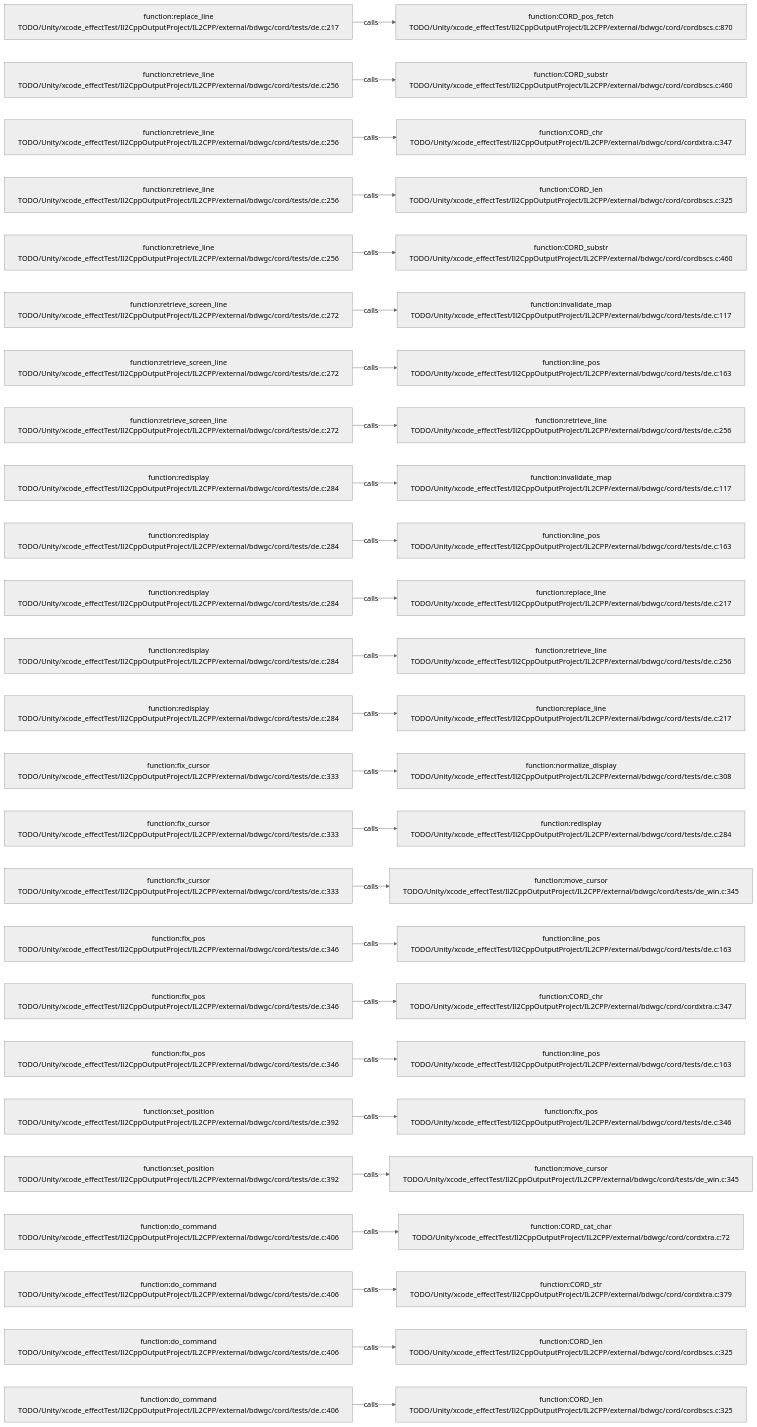
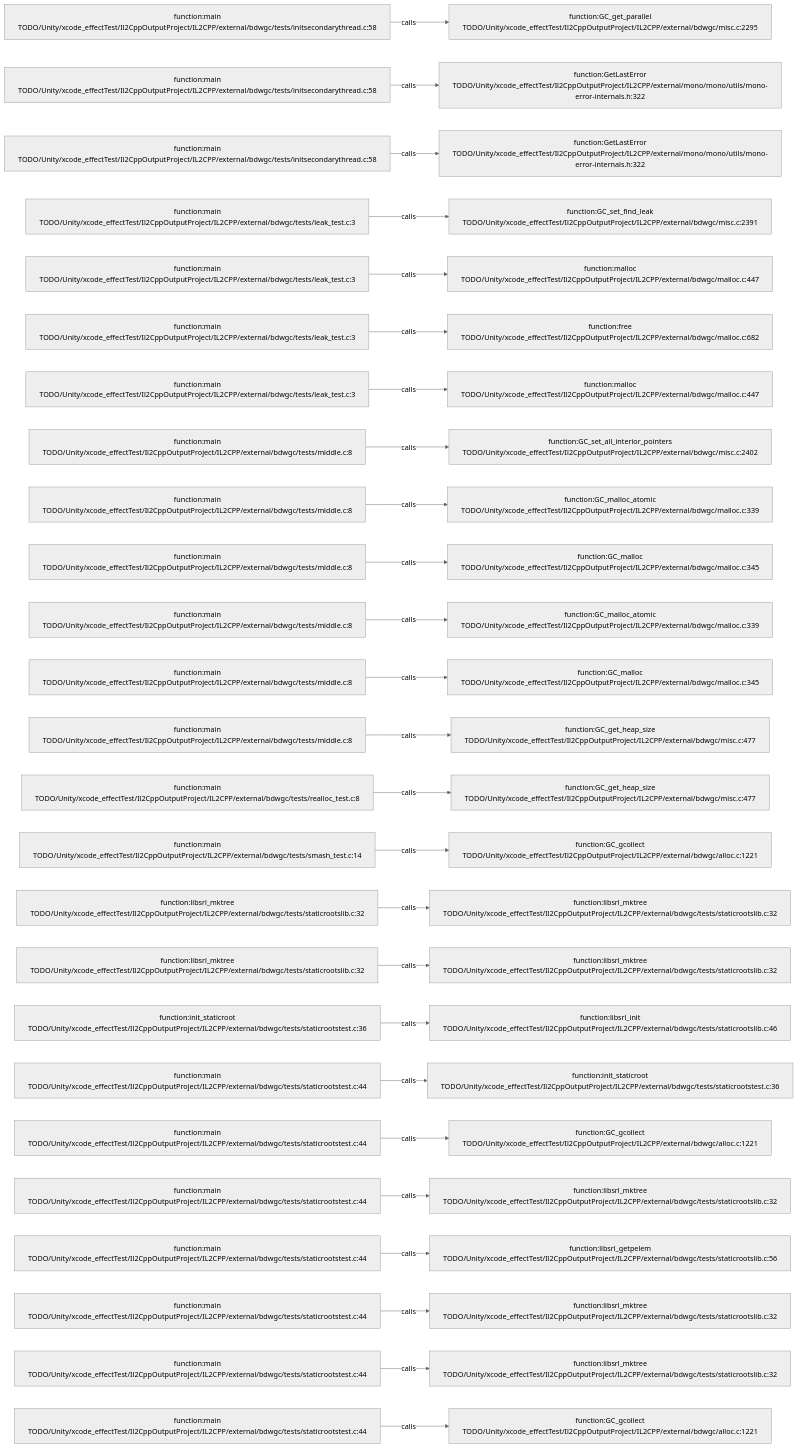
Before and after one commit to JobsKits/JobsSwiftBaseConfigDemo: the diagram in .codegraph/codegraph.md/graphs/calls-160.md, drawn with Mermaid (neutral theme). The commit also changed 227 other files, not shown here.

````diff
--- a/.codegraph/codegraph.md/graphs/calls-160.md
+++ b/.codegraph/codegraph.md/graphs/calls-160.md
@@ -13,78 +13,78 @@
 ```mermaid
 flowchart LR
-  S1["function:replace_line<br/>TODO/Unity/xcode_effectTest/Il2CppOutputProject/IL2CPP/external/bdwgc/cord/tests/de.c:217"]
-  T1["function:CORD_pos_fetch<br/>TODO/Unity/xcode_effectTest/Il2CppOutputProject/IL2CPP/external/bdwgc/cord/cordbscs.c:870"]
+  S1["function:main<br/>TODO/Unity/xcode_effectTest/Il2CppOutputProject/IL2CPP/external/bdwgc/tests/initsecondarythread.c:58"]
+  T1["function:GC_get_parallel<br/>TODO/Unity/xcode_effectTest/Il2CppOutputProject/IL2CPP/external/bdwgc/misc.c:2295"]
   S1 -->|calls| T1
-  S2["function:retrieve_line<br/>TODO/Unity/xcode_effectTest/Il2CppOutputProject/IL2CPP/external/bdwgc/cord/tests/de.c:256"]
-  T2["function:CORD_substr<br/>TODO/Unity/xcode_effectTest/Il2CppOutputProject/IL2CPP/external/bdwgc/cord/cordbscs.c:460"]
+  S2["function:main<br/>TODO/Unity/xcode_effectTest/Il2CppOutputProject/IL2CPP/external/bdwgc/tests/initsecondarythread.c:58"]
+  T2["function:GetLastError<br/>TODO/Unity/xcode_effectTest/Il2CppOutputProject/IL2CPP/external/mono/mono/utils/mono-error-internals.h:322"]
   S2 -->|calls| T2
-  S3["function:retrieve_line<br/>TODO/Unity/xcode_effectTest/Il2CppOutputProject/IL2CPP/external/bdwgc/cord/tests/de.c:256"]
-  T3["function:CORD_chr<br/>TODO/Unity/xcode_effectTest/Il2CppOutputProject/IL2CPP/external/bdwgc/cord/cordxtra.c:347"]
+  S3["function:main<br/>TODO/Unity/xcode_effectTest/Il2CppOutputProject/IL2CPP/external/bdwgc/tests/initsecondarythread.c:58"]
+  T3["function:GetLastError<br/>TODO/Unity/xcode_effectTest/Il2CppOutputProject/IL2CPP/external/mono/mono/utils/mono-error-internals.h:322"]
   S3 -->|calls| T3
-  S4["function:retrieve_line<br/>TODO/Unity/xcode_effectTest/Il2CppOutputProject/IL2CPP/external/bdwgc/cord/tests/de.c:256"]
-  T4["function:CORD_len<br/>TODO/Unity/xcode_effectTest/Il2CppOutputProject/IL2CPP/external/bdwgc/cord/cordbscs.c:325"]
+  S4["function:main<br/>TODO/Unity/xcode_effectTest/Il2CppOutputProject/IL2CPP/external/bdwgc/tests/leak_test.c:3"]
+  T4["function:GC_set_find_leak<br/>TODO/Unity/xcode_effectTest/Il2CppOutputProject/IL2CPP/external/bdwgc/misc.c:2391"]
   S4 -->|calls| T4
-  S5["function:retrieve_line<br/>TODO/Unity/xcode_effectTest/Il2CppOutputProject/IL2CPP/external/bdwgc/cord/tests/de.c:256"]
-  T5["function:CORD_substr<br/>TODO/Unity/xcode_effectTest/Il2CppOutputProject/IL2CPP/external/bdwgc/cord/cordbscs.c:460"]
+  S5["function:main<br/>TODO/Unity/xcode_effectTest/Il2CppOutputProject/IL2CPP/external/bdwgc/tests/leak_test.c:3"]
+  T5["function:malloc<br/>TODO/Unity/xcode_effectTest/Il2CppOutputProject/IL2CPP/external/bdwgc/malloc.c:447"]
   S5 -->|calls| T5
-  S6["function:retrieve_screen_line<br/>TODO/Unity/xcode_effectTest/Il2CppOutputProject/IL2CPP/external/bdwgc/cord/tests/de.c:272"]
-  T6["function:invalidate_map<br/>TODO/Unity/xcode_effectTest/Il2CppOutputProject/IL2CPP/external/bdwgc/cord/tests/de.c:117"]
+  S6["function:main<br/>TODO/Unity/xcode_effectTest/Il2CppOutputProject/IL2CPP/external/bdwgc/tests/leak_test.c:3"]
+  T6["function:free<br/>TODO/Unity/xcode_effectTest/Il2CppOutputProject/IL2CPP/external/bdwgc/malloc.c:682"]
   S6 -->|calls| T6
-  S7["function:retrieve_screen_line<br/>TODO/Unity/xcode_effectTest/Il2CppOutputProject/IL2CPP/external/bdwgc/cord/tests/de.c:272"]
-  T7["function:line_pos<br/>TODO/Unity/xcode_effectTest/Il2CppOutputProject/IL2CPP/external/bdwgc/cord/tests/de.c:163"]
+  S7["function:main<br/>TODO/Unity/xcode_effectTest/Il2CppOutputProject/IL2CPP/external/bdwgc/tests/leak_test.c:3"]
+  T7["function:malloc<br/>TODO/Unity/xcode_effectTest/Il2CppOutputProject/IL2CPP/external/bdwgc/malloc.c:447"]
   S7 -->|calls| T7
-  S8["function:retrieve_screen_line<br/>TODO/Unity/xcode_effectTest/Il2CppOutputProject/IL2CPP/external/bdwgc/cord/tests/de.c:272"]
-  T8["function:retrieve_line<br/>TODO/Unity/xcode_effectTest/Il2CppOutputProject/IL2CPP/external/bdwgc/cord/tests/de.c:256"]
+  S8["function:main<br/>TODO/Unity/xcode_effectTest/Il2CppOutputProject/IL2CPP/external/bdwgc/tests/middle.c:8"]
+  T8["function:GC_set_all_interior_pointers<br/>TODO/Unity/xcode_effectTest/Il2CppOutputProject/IL2CPP/external/bdwgc/misc.c:2402"]
   S8 -->|calls| T8
-  S9["function:redisplay<br/>TODO/Unity/xcode_effectTest/Il2CppOutputProject/IL2CPP/external/bdwgc/cord/tests/de.c:284"]
-  T9["function:invalidate_map<br/>TODO/Unity/xcode_effectTest/Il2CppOutputProject/IL2CPP/external/bdwgc/cord/tests/de.c:117"]
+  S9["function:main<br/>TODO/Unity/xcode_effectTest/Il2CppOutputProject/IL2CPP/external/bdwgc/tests/middle.c:8"]
+  T9["function:GC_malloc_atomic<br/>TODO/Unity/xcode_effectTest/Il2CppOutputProject/IL2CPP/external/bdwgc/malloc.c:339"]
   S9 -->|calls| T9
-  S10["function:redisplay<br/>TODO/Unity/xcode_effectTest/Il2CppOutputProject/IL2CPP/external/bdwgc/cord/tests/de.c:284"]
-  T10["function:line_pos<br/>TODO/Unity/xcode_effectTest/Il2CppOutputProject/IL2CPP/external/bdwgc/cord/tests/de.c:163"]
+  S10["function:main<br/>TODO/Unity/xcode_effectTest/Il2CppOutputProject/IL2CPP/external/bdwgc/tests/middle.c:8"]
+  T10["function:GC_malloc<br/>TODO/Unity/xcode_effectTest/Il2CppOutputProject/IL2CPP/external/bdwgc/malloc.c:345"]
   S10 -->|calls| T10
-  S11["function:redisplay<br/>TODO/Unity/xcode_effectTest/Il2CppOutputProject/IL2CPP/external/bdwgc/cord/tests/de.c:284"]
-  T11["function:replace_line<br/>TODO/Unity/xcode_effectTest/Il2CppOutputProject/IL2CPP/external/bdwgc/cord/tests/de.c:217"]
+  S11["function:main<br/>TODO/Unity/xcode_effectTest/Il2CppOutputProject/IL2CPP/external/bdwgc/tests/middle.c:8"]
+  T11["function:GC_malloc_atomic<br/>TODO/Unity/xcode_effectTest/Il2CppOutputProject/IL2CPP/external/bdwgc/malloc.c:339"]
   S11 -->|calls| T11
-  S12["function:redisplay<br/>TODO/Unity/xcode_effectTest/Il2CppOutputProject/IL2CPP/external/bdwgc/cord/tests/de.c:284"]
-  T12["function:retrieve_line<br/>TODO/Unity/xcode_effectTest/Il2CppOutputProject/IL2CPP/external/bdwgc/cord/tests/de.c:256"]
+  S12["function:main<br/>TODO/Unity/xcode_effectTest/Il2CppOutputProject/IL2CPP/external/bdwgc/tests/middle.c:8"]
+  T12["function:GC_malloc<br/>TODO/Unity/xcode_effectTest/Il2CppOutputProject/IL2CPP/external/bdwgc/malloc.c:345"]
   S12 -->|calls| T12
-  S13["function:redisplay<br/>TODO/Unity/xcode_effectTest/Il2CppOutputProject/IL2CPP/external/bdwgc/cord/tests/de.c:284"]
-  T13["function:replace_line<br/>TODO/Unity/xcode_effectTest/Il2CppOutputProject/IL2CPP/external/bdwgc/cord/tests/de.c:217"]
+  S13["function:main<br/>TODO/Unity/xcode_effectTest/Il2CppOutputProject/IL2CPP/external/bdwgc/tests/middle.c:8"]
+  T13["function:GC_get_heap_size<br/>TODO/Unity/xcode_effectTest/Il2CppOutputProject/IL2CPP/external/bdwgc/misc.c:477"]
   S13 -->|calls| T13
-  S14["function:fix_cursor<br/>TODO/Unity/xcode_effectTest/Il2CppOutputProject/IL2CPP/external/bdwgc/cord/tests/de.c:333"]
-  T14["function:normalize_display<br/>TODO/Unity/xcode_effectTest/Il2CppOutputProject/IL2CPP/external/bdwgc/cord/tests/de.c:308"]
+  S14["function:main<br/>TODO/Unity/xcode_effectTest/Il2CppOutputProject/IL2CPP/external/bdwgc/tests/realloc_test.c:8"]
+  T14["function:GC_get_heap_size<br/>TODO/Unity/xcode_effectTest/Il2CppOutputProject/IL2CPP/external/bdwgc/misc.c:477"]
   S14 -->|calls| T14
-  S15["function:fix_cursor<br/>TODO/Unity/xcode_effectTest/Il2CppOutputProject/IL2CPP/external/bdwgc/cord/tests/de.c:333"]
-  T15["function:redisplay<br/>TODO/Unity/xcode_effectTest/Il2CppOutputProject/IL2CPP/external/bdwgc/cord/tests/de.c:284"]
+  S15["function:main<br/>TODO/Unity/xcode_effectTest/Il2CppOutputProject/IL2CPP/external/bdwgc/tests/smash_test.c:14"]
+  T15["function:GC_gcollect<br/>TODO/Unity/xcode_effectTest/Il2CppOutputProject/IL2CPP/external/bdwgc/alloc.c:1221"]
   S15 -->|calls| T15
-  S16["function:fix_cursor<br/>TODO/Unity/xcode_effectTest/Il2CppOutputProject/IL2CPP/external/bdwgc/cord/tests/de.c:333"]
-  T16["function:move_cursor<br/>TODO/Unity/xcode_effectTest/Il2CppOutputProject/IL2CPP/external/bdwgc/cord/tests/de_win.c:345"]
+  S16["function:libsrl_mktree<br/>TODO/Unity/xcode_effectTest/Il2CppOutputProject/IL2CPP/external/bdwgc/tests/staticrootslib.c:32"]
+  T16["function:libsrl_mktree<br/>TODO/Unity/xcode_effectTest/Il2CppOutputProject/IL2CPP/external/bdwgc/tests/staticrootslib.c:32"]
   S16 -->|calls| T16
-  S17["function:fix_pos<br/>TODO/Unity/xcode_effectTest/Il2CppOutputProject/IL2CPP/external/bdwgc/cord/tests/de.c:346"]
-  T17["function:line_pos<br/>TODO/Unity/xcode_effectTest/Il2CppOutputProject/IL2CPP/external/bdwgc/cord/tests/de.c:163"]
+  S17["function:libsrl_mktree<br/>TODO/Unity/xcode_effectTest/Il2CppOutputProject/IL2CPP/external/bdwgc/tests/staticrootslib.c:32"]
+  T17["function:libsrl_mktree<br/>TODO/Unity/xcode_effectTest/Il2CppOutputProject/IL2CPP/external/bdwgc/tests/staticrootslib.c:32"]
   S17 -->|calls| T17
-  S18["function:fix_pos<br/>TODO/Unity/xcode_effectTest/Il2CppOutputProject/IL2CPP/external/bdwgc/cord/tests/de.c:346"]
-  T18["function:CORD_chr<br/>TODO/Unity/xcode_effectTest/Il2CppOutputProject/IL2CPP/external/bdwgc/cord/cordxtra.c:347"]
+  S18["function:init_staticroot<br/>TODO/Unity/xcode_effectTest/Il2CppOutputProject/IL2CPP/external/bdwgc/tests/staticrootstest.c:36"]
+  T18["function:libsrl_init<br/>TODO/Unity/xcode_effectTest/Il2CppOutputProject/IL2CPP/external/bdwgc/tests/staticrootslib.c:46"]
   S18 -->|calls| T18
-  S19["function:fix_pos<br/>TODO/Unity/xcode_effectTest/Il2CppOutputProject/IL2CPP/external/bdwgc/cord/tests/de.c:346"]
-  T19["function:line_pos<br/>TODO/Unity/xcode_effectTest/Il2CppOutputProject/IL2CPP/external/bdwgc/cord/tests/de.c:163"]
+  S19["function:main<br/>TODO/Unity/xcode_effectTest/Il2CppOutputProject/IL2CPP/external/bdwgc/tests/staticrootstest.c:44"]
+  T19["function:init_staticroot<br/>TODO/Unity/xcode_effectTest/Il2CppOutputProject/IL2CPP/external/bdwgc/tests/staticrootstest.c:36"]
   S19 -->|calls| T19
-  S20["function:set_position<br/>TODO/Unity/xcode_effectTest/Il2CppOutputProject/IL2CPP/external/bdwgc/cord/tests/de.c:392"]
-  T20["function:fix_pos<br/>TODO/Unity/xcode_effectTest/Il2CppOutputProject/IL2CPP/external/bdwgc/cord/tests/de.c:346"]
+  S20["function:main<br/>TODO/Unity/xcode_effectTest/Il2CppOutputProject/IL2CPP/external/bdwgc/tests/staticrootstest.c:44"]
+  T20["function:GC_gcollect<br/>TODO/Unity/xcode_effectTest/Il2CppOutputProject/IL2CPP/external/bdwgc/alloc.c:1221"]
   S20 -->|calls| T20
-  S21["function:set_position<br/>TODO/Unity/xcode_effectTest/Il2CppOutputProject/IL2CPP/external/bdwgc/cord/tests/de.c:392"]
-  T21["function:move_cursor<br/>TODO/Unity/xcode_effectTest/Il2CppOutputProject/IL2CPP/external/bdwgc/cord/tests/de_win.c:345"]
+  S21["function:main<br/>TODO/Unity/xcode_effectTest/Il2CppOutputProject/IL2CPP/external/bdwgc/tests/staticrootstest.c:44"]
+  T21["function:libsrl_mktree<br/>TODO/Unity/xcode_effectTest/Il2CppOutputProject/IL2CPP/external/bdwgc/tests/staticrootslib.c:32"]
   S21 -->|calls| T21
-  S22["function:do_command<br/>TODO/Unity/xcode_effectTest/Il2CppOutputProject/IL2CPP/external/bdwgc/cord/tests/de.c:406"]
-  T22["function:CORD_cat_char<br/>TODO/Unity/xcode_effectTest/Il2CppOutputProject/IL2CPP/external/bdwgc/cord/cordxtra.c:72"]
+  S22["function:main<br/>TODO/Unity/xcode_effectTest/Il2CppOutputProject/IL2CPP/external/bdwgc/tests/staticrootstest.c:44"]
+  T22["function:libsrl_getpelem<br/>TODO/Unity/xcode_effectTest/Il2CppOutputProject/IL2CPP/external/bdwgc/tests/staticrootslib.c:56"]
   S22 -->|calls| T22
-  S23["function:do_command<br/>TODO/Unity/xcode_effectTest/Il2CppOutputProject/IL2CPP/external/bdwgc/cord/tests/de.c:406"]
-  T23["function:CORD_str<br/>TODO/Unity/xcode_effectTest/Il2CppOutputProject/IL2CPP/external/bdwgc/cord/cordxtra.c:379"]
+  S23["function:main<br/>TODO/Unity/xcode_effectTest/Il2CppOutputProject/IL2CPP/external/bdwgc/tests/staticrootstest.c:44"]
+  T23["function:libsrl_mktree<br/>TODO/Unity/xcode_effectTest/Il2CppOutputProject/IL2CPP/external/bdwgc/tests/staticrootslib.c:32"]
   S23 -->|calls| T23
-  S24["function:do_command<br/>TODO/Unity/xcode_effectTest/Il2CppOutputProject/IL2CPP/external/bdwgc/cord/tests/de.c:406"]
-  T24["function:CORD_len<br/>TODO/Unity/xcode_effectTest/Il2CppOutputProject/IL2CPP/external/bdwgc/cord/cordbscs.c:325"]
+  S24["function:main<br/>TODO/Unity/xcode_effectTest/Il2CppOutputProject/IL2CPP/external/bdwgc/tests/staticrootstest.c:44"]
+  T24["function:libsrl_mktree<br/>TODO/Unity/xcode_effectTest/Il2CppOutputProject/IL2CPP/external/bdwgc/tests/staticrootslib.c:32"]
   S24 -->|calls| T24
-  S25["function:do_command<br/>TODO/Unity/xcode_effectTest/Il2CppOutputProject/IL2CPP/external/bdwgc/cord/tests/de.c:406"]
-  T25["function:CORD_len<br/>TODO/Unity/xcode_effectTest/Il2CppOutputProject/IL2CPP/external/bdwgc/cord/cordbscs.c:325"]
+  S25["function:main<br/>TODO/Unity/xcode_effectTest/Il2CppOutputProject/IL2CPP/external/bdwgc/tests/staticrootstest.c:44"]
+  T25["function:GC_gcollect<br/>TODO/Unity/xcode_effectTest/Il2CppOutputProject/IL2CPP/external/bdwgc/alloc.c:1221"]
   S25 -->|calls| T25
 ```
````
